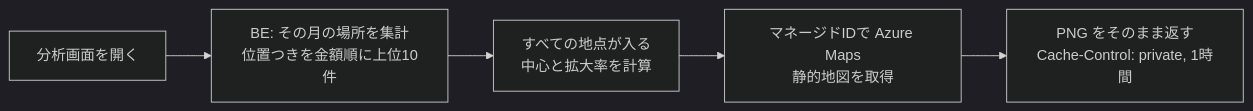
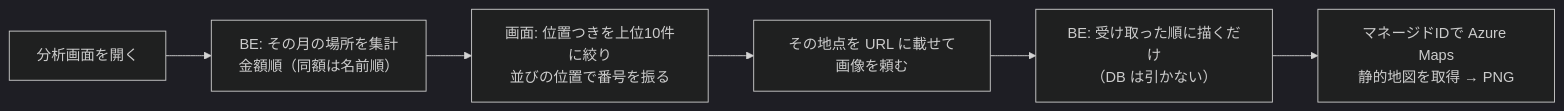
Before and after one commit to inemoto23-hash/household_inemoto: the ninth of 11 diagrams in 90_DOCUMENT/system_flow.md, drawn with Mermaid (dark theme). The commit also changed other lines of this file and 5 other files, not shown here.

````diff
--- a/90_DOCUMENT/system_flow.md
+++ b/90_DOCUMENT/system_flow.md
@@ -281,7 +281,8 @@
 ```mermaid
 graph LR
-    A["分析画面を開く"] --> B["BE: その月の場所を集計<br/>位置つきを金額順に上位10件"]
-    B --> C["すべての地点が入る<br/>中心と拡大率を計算"]
-    C --> D["マネージドIDで Azure Maps<br/>静的地図を取得"]
-    D --> E["PNG をそのまま返す<br/>Cache-Control: private, 1時間"]
+    A["分析画面を開く"] --> B["BE: その月の場所を集計<br/>金額順（同額は名前順）"]
+    B --> C["画面: 位置つきを上位10件に絞り<br/>並びの位置で番号を振る"]
+    C --> D["その地点を URL に載せて画像を頼む"]
+    D --> E["BE: 受け取った順に描くだけ<br/>（DB は引かない）"]
+    E --> F["マネージドIDで Azure Maps<br/>静的地図を取得 → PNG"]
 ```
````
